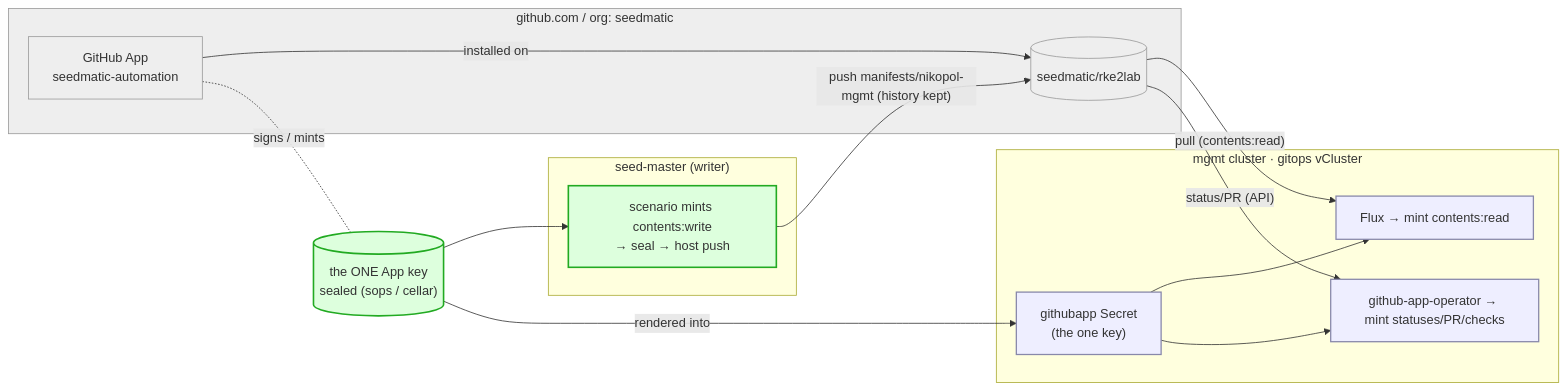
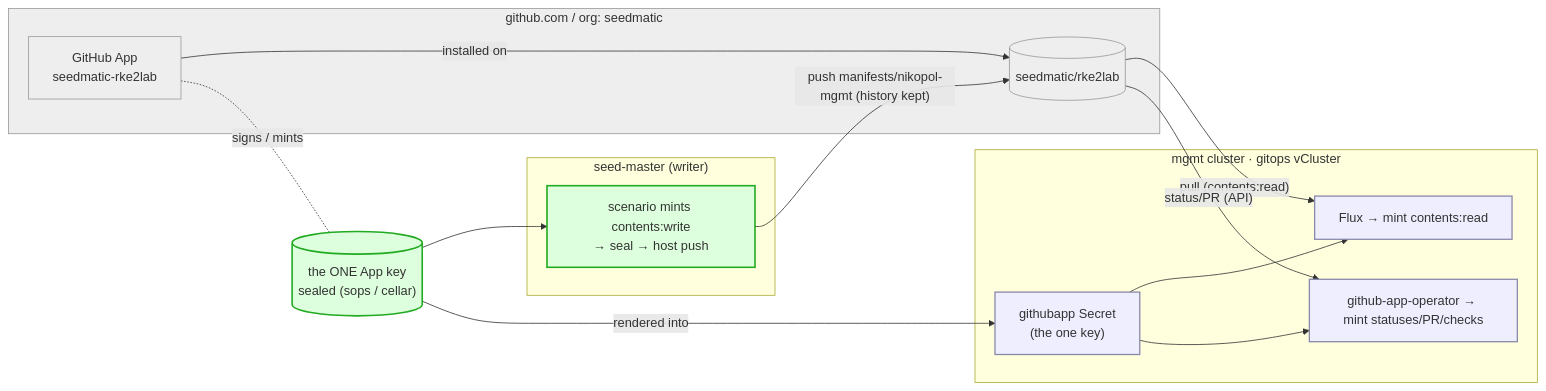
One commit to nxmatic/rke2lab changed the second of 4 diagrams in docs/architecture/cluster-api/github-credential-model.adoc. Above: the diagram before and after it, drawn with Mermaid. The commit also changed other lines of this file and 25 other files, not shown here.

```diff
--- a/docs/architecture/cluster-api/github-credential-model.adoc
+++ b/docs/architecture/cluster-api/github-credential-model.adoc
@@ -275,30 +272,30 @@
 [mermaid,github-credential-model-context,svg]
 ----
 flowchart LR
   subgraph ORG["github.com / org: seedmatic"]
-    APP["GitHub App<br/>seedmatic-automation"]
+    APP["GitHub App<br/>seedmatic-rke2lab"]
     REPO[("seedmatic/rke2lab")]
     APP -->|installed on| REPO
   end
   KEY[("the ONE App key<br/>sealed (sops / cellar)")]
   subgraph HOST["seed-master (writer)"]
     W["scenario mints contents:write<br/>→ seal → host push"]
   end
   subgraph MG["mgmt cluster · gitops vCluster"]
     SEC["githubapp Secret<br/>(the one key)"]
     FM["Flux → mint contents:read"]
     TM["github-app-operator → mint statuses/PR/checks"]
     SEC --> FM
     SEC --> TM
   end
   KEY --> W
   KEY -->|"rendered into"| SEC
   W -->|"push manifests/nikopol-mgmt (history kept)"| REPO
   REPO -->|"pull (contents:read)"| FM
   REPO -->|"status/PR (API)"| TM
   APP -. "signs / mints" .- KEY
   classDef org fill:#eee,stroke:#999,stroke-width:1px;
   classDef h fill:#dfd,stroke:#2a2,stroke-width:2px;
   classDef c fill:#eef,stroke:#88a,stroke-width:1.6px;
   class APP,REPO,ORG org; class KEY,W h; class SEC,FM,TM c;
 ----
```
